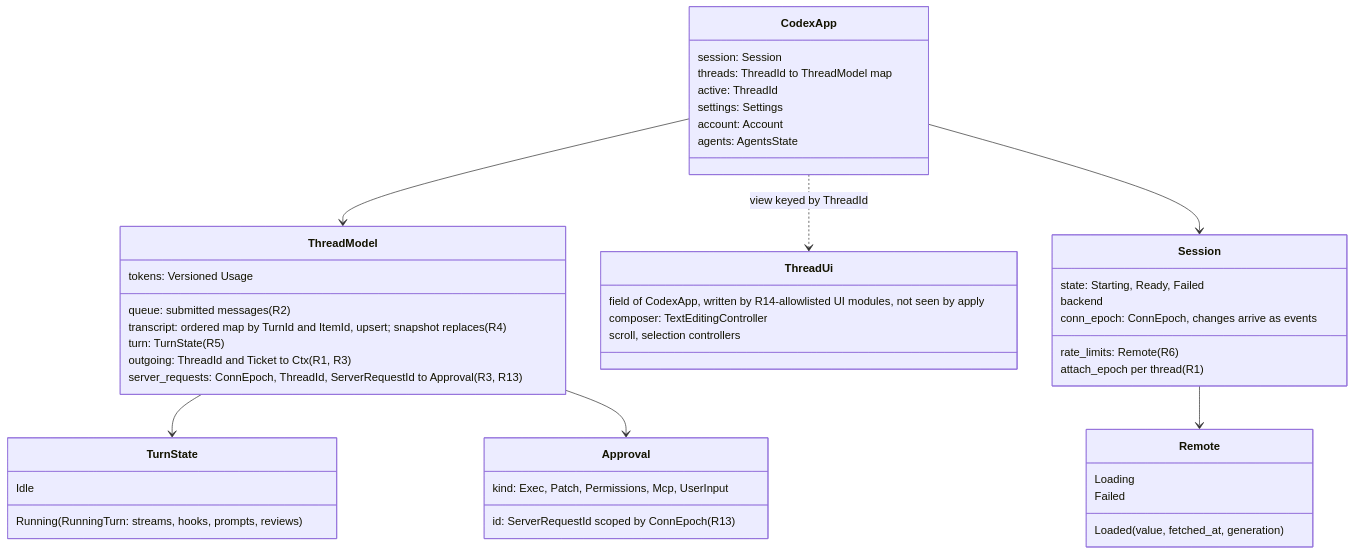
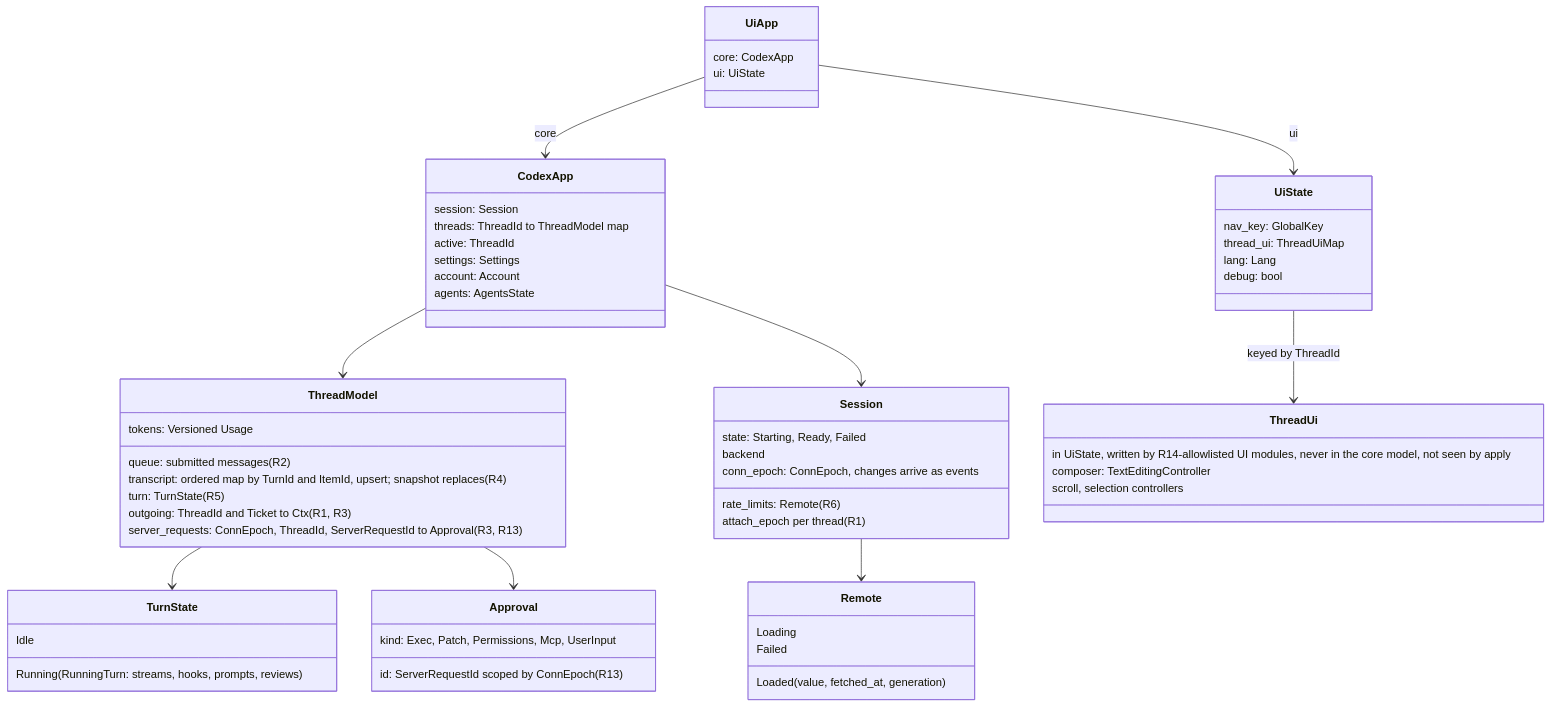
The sixth of 11 diagrams in docs/rtwk-port/design.md (Maryarty/CodexCLI), drawn with Mermaid before and after one commit. The commit also changed other lines of this file and 3 other files, not shown here.

Commit message:
skeleton-layers: architecture.md (ADR-001/002, Skeleton, Layers), design.md and design.html (two crates, layers table, UiApp class diagram), parity pack

````diff
--- a/docs/rtwk-port/design.md
+++ b/docs/rtwk-port/design.md
@@ -157,50 +183,62 @@
 ```mermaid
 classDiagram
   class CodexApp {
     session: Session
     threads: ThreadId to ThreadModel map
     active: ThreadId
     settings: Settings
     account: Account
     agents: AgentsState
   }
   class ThreadModel {
     queue: submitted messages (R2)
     transcript: ordered map by TurnId and ItemId, upsert; snapshot replaces (R4)
     turn: TurnState (R5)
     outgoing: ThreadId and Ticket to Ctx (R1, R3)
     server_requests: ConnEpoch, ThreadId, ServerRequestId to Approval (R3, R13)
     tokens: Versioned Usage
   }
+  class UiApp {
+    core: CodexApp
+    ui: UiState
+  }
+  class UiState {
+    nav_key: GlobalKey
+    thread_ui: ThreadUiMap
+    lang: Lang
+    debug: bool
+  }
   class ThreadUi {
-    field of CodexApp, written by R14-allowlisted UI modules, not seen by apply
+    in UiState, written by R14-allowlisted UI modules, never in the core model, not seen by apply
     composer: TextEditingController
     scroll, selection controllers
   }
   class TurnState {
     Idle
     Running(RunningTurn: streams, hooks, prompts, reviews)
   }
   class Remote {
     Loading
     Loaded(value, fetched_at, generation)
     Failed
   }
   class Approval {
     id: ServerRequestId scoped by ConnEpoch (R13)
     kind: Exec, Patch, Permissions, Mcp, UserInput
   }
   class Session {
     state: Starting, Ready, Failed
     backend
     conn_epoch: ConnEpoch, changes arrive as events
     rate_limits: Remote (R6)
     attach_epoch per thread (R1)
   }
   CodexApp --> ThreadModel
   ThreadModel --> TurnState
   ThreadModel --> Approval
-  CodexApp ..> ThreadUi : view keyed by ThreadId
+  UiApp --> CodexApp : core
+  UiApp --> UiState : ui
+  UiState --> ThreadUi : keyed by ThreadId
   CodexApp --> Session
   Session --> Remote
 ```
````
